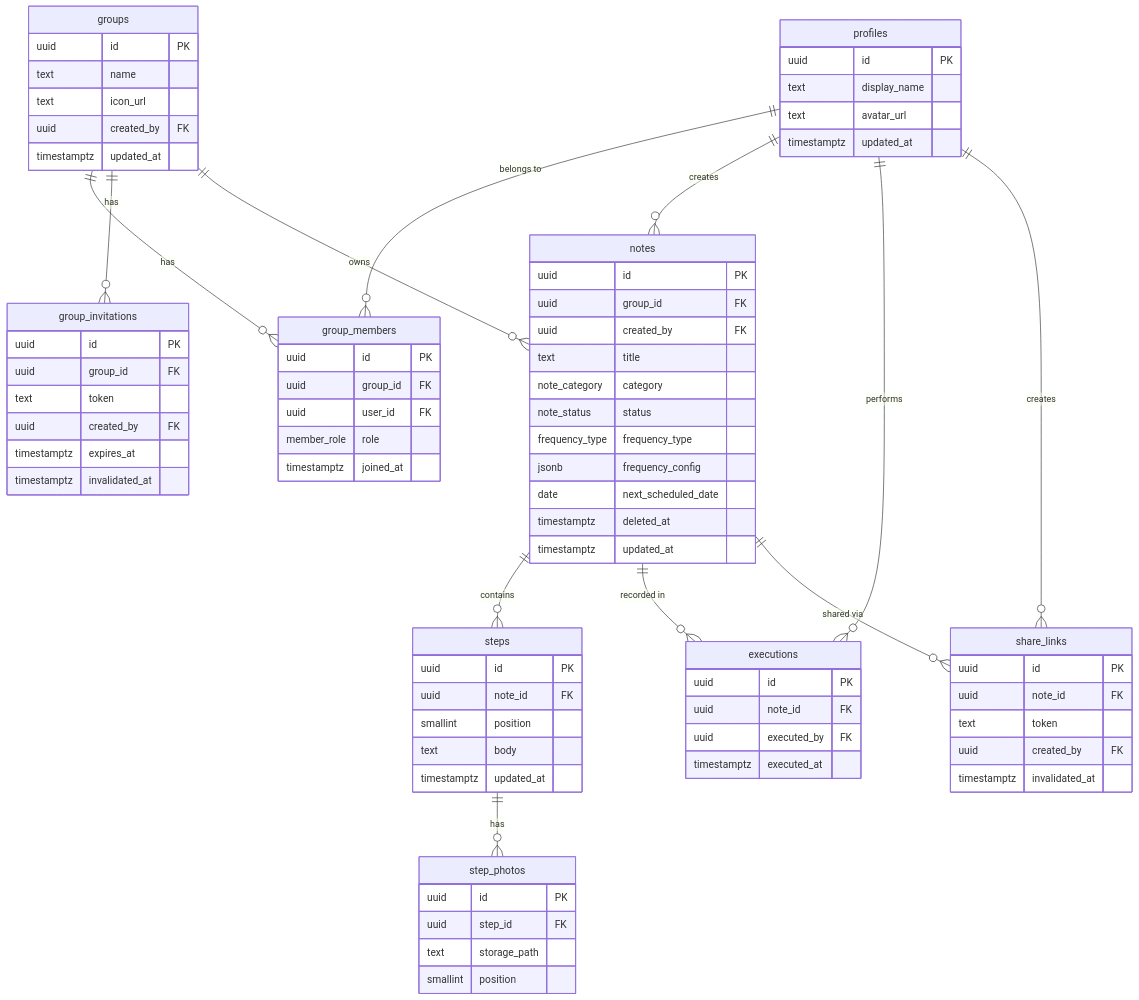
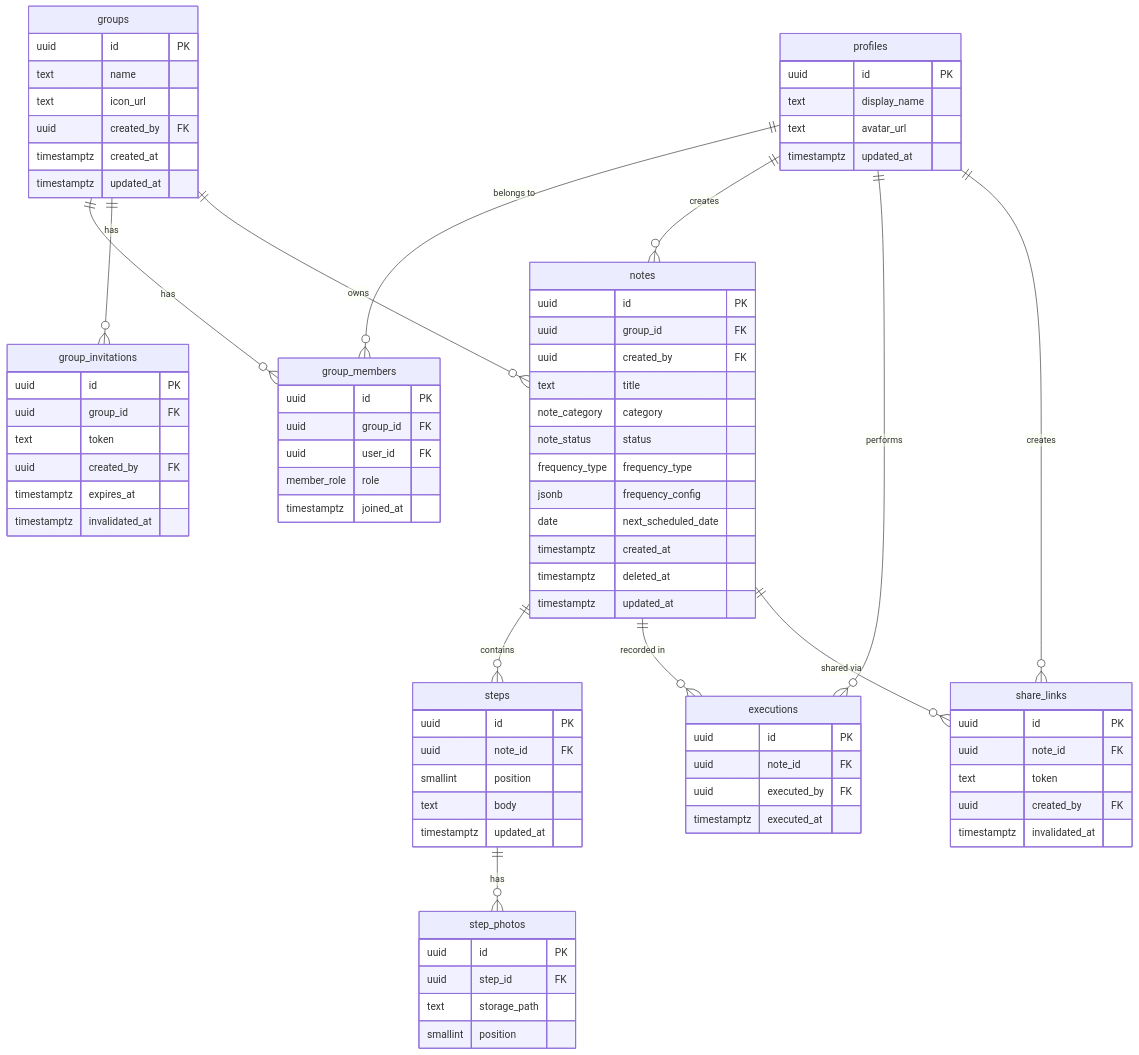
Before and after one commit to johnson6128/kaji-note: the diagram in docs/database-schema.md, drawn with Mermaid. The commit also changed other lines of this file and 3 other files, not shown here.

```diff
--- a/docs/database-schema.md
+++ b/docs/database-schema.md
@@ -20,6 +20,7 @@
         text name
         text icon_url
         uuid created_by FK
+        timestamptz created_at
         timestamptz updated_at
     }
     group_members {
@@ -47,6 +48,7 @@
         frequency_type frequency_type
         jsonb frequency_config
         date next_scheduled_date
+        timestamptz created_at
         timestamptz deleted_at
         timestamptz updated_at
     }
```
